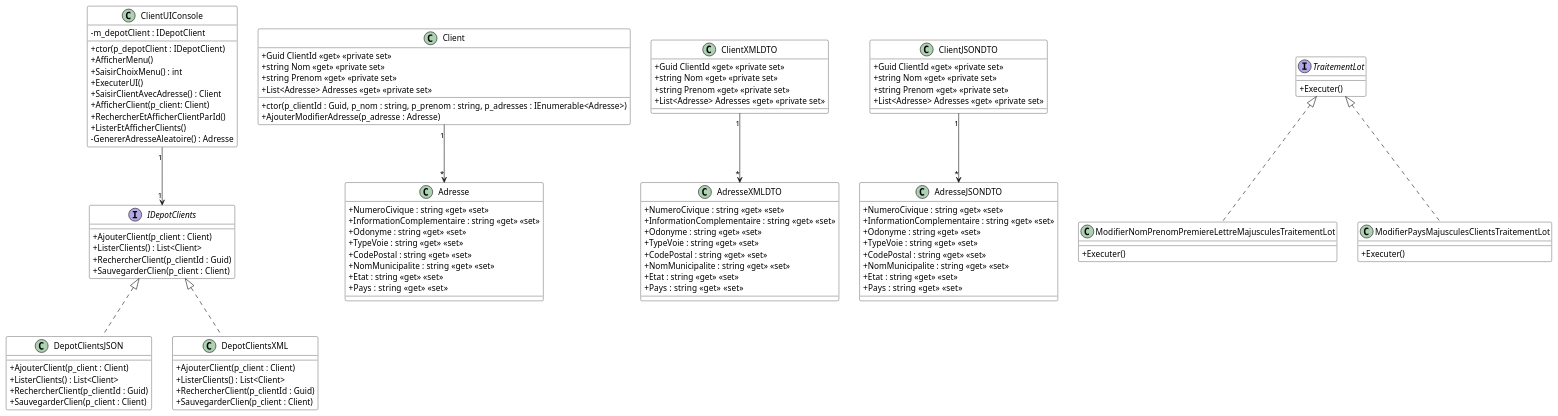
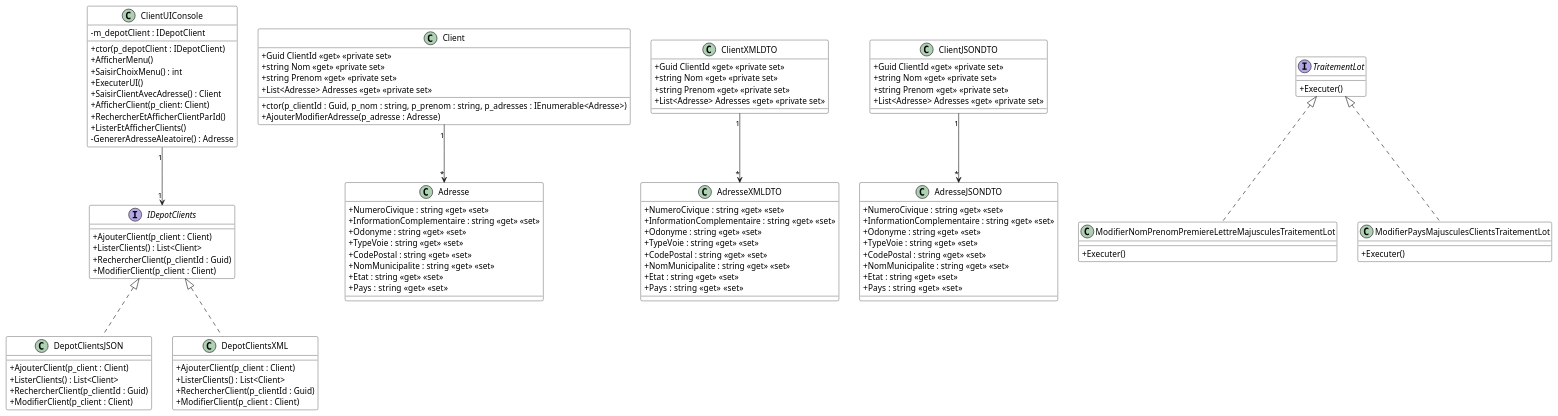
One commit to PiFou86/420-W30-SF changed the diagram in Module06_Formats_Echanges/diag/src/DiagExerciceClients.wsd. Above: the diagram before and after it, drawn with PlantUML. The commit also changed 1 other file, not shown here.

```diff
--- a/Module06_Formats_Echanges/diag/src/DiagExerciceClients.wsd
+++ b/Module06_Formats_Echanges/diag/src/DiagExerciceClients.wsd
@@ -1,121 +1,121 @@
 @startuml DiagClassesClients
 
 skinparam classAttributeIconSize 0
 skinparam class {
     BackgroundColor White
     BorderColor #000
 }
 
 IDepotClients <|.. DepotClientsJSON
 IDepotClients <|.. DepotClientsXML
 Client "1" --> "*" Adresse
 ClientXMLDTO "1" --> "*" AdresseXMLDTO
 ClientJSONDTO "1" --> "*" AdresseJSONDTO
 ClientUIConsole "1" --> "1" IDepotClients
 
 TraitementLot <|.. ModifierNomPrenomPremiereLettreMajusculesTraitementLot
 TraitementLot <|.. ModifierPaysMajusculesClientsTraitementLot
 
 
 interface IDepotClients {
     + AjouterClient(p_client : Client)
     + ListerClients() : List<Client>
     + RechercherClient(p_clientId : Guid)
-    + SauvegarderClien(p_client : Client)
+    + ModifierClient(p_client : Client)
 }
 
 class DepotClientsXML {
     + AjouterClient(p_client : Client)
     + ListerClients() : List<Client>
     + RechercherClient(p_clientId : Guid)
-    + SauvegarderClien(p_client : Client)
+    + ModifierClient(p_client : Client)
 }
 
 class DepotClientsJSON {
     + AjouterClient(p_client : Client)
     + ListerClients() : List<Client>
     + RechercherClient(p_clientId : Guid)
-    + SauvegarderClien(p_client : Client)
+    + ModifierClient(p_client : Client)
 }
 
 class Client {
     + ctor(p_clientId : Guid, p_nom : string, p_prenom : string, p_adresses : IEnumerable<Adresse>)
     + Guid ClientId <<get>> <<private set>>
     + string Nom <<get>> <<private set>>
     + string Prenom <<get>> <<private set>>
     + List<Adresse> Adresses <<get>> <<private set>>
     + AjouterModifierAdresse(p_adresse : Adresse)
 }
 
 class ClientJSONDTO {
     + Guid ClientId <<get>> <<private set>>
     + string Nom <<get>> <<private set>>
     + string Prenom <<get>> <<private set>>
     + List<Adresse> Adresses <<get>> <<private set>>
 }
 
 class ClientXMLDTO {
     + Guid ClientId <<get>> <<private set>>
     + string Nom <<get>> <<private set>>
     + string Prenom <<get>> <<private set>>
     + List<Adresse> Adresses <<get>> <<private set>>
 }
 
 class Adresse {
     + NumeroCivique : string <<get>> <<set>>
     + InformationComplementaire : string <<get>> <<set>>
     + Odonyme : string <<get>> <<set>>
     + TypeVoie : string <<get>> <<set>>
     + CodePostal : string <<get>> <<set>>
     + NomMunicipalite : string <<get>> <<set>>
     + Etat : string <<get>> <<set>>
     + Pays : string  <<get>> <<set>>
 }
 
 class AdresseXMLDTO {
     + NumeroCivique : string <<get>> <<set>>
     + InformationComplementaire : string <<get>> <<set>>
     + Odonyme : string <<get>> <<set>>
     + TypeVoie : string <<get>> <<set>>
     + CodePostal : string <<get>> <<set>>
     + NomMunicipalite : string <<get>> <<set>>
     + Etat : string <<get>> <<set>>
     + Pays : string  <<get>> <<set>>
 }
 
 class AdresseJSONDTO {
     + NumeroCivique : string <<get>> <<set>>
     + InformationComplementaire : string <<get>> <<set>>
     + Odonyme : string <<get>> <<set>>
     + TypeVoie : string <<get>> <<set>>
     + CodePostal : string <<get>> <<set>>
     + NomMunicipalite : string <<get>> <<set>>
     + Etat : string <<get>> <<set>>
     + Pays : string  <<get>> <<set>>
 }
 
 class ClientUIConsole {
     - m_depotClient : IDepotClient
     + ctor(p_depotClient : IDepotClient)
     + AfficherMenu()
     + SaisirChoixMenu() : int
     + ExecuterUI()
     + SaisirClientAvecAdresse() : Client
     + AfficherClient(p_client: Client)
     + RechercherEtAfficherClientParId()
     + ListerEtAfficherClients()
     - GenererAdresseAleatoire() : Adresse
 }
 
 interface TraitementLot {
     + Executer()
 }
 
 class ModifierNomPrenomPremiereLettreMajusculesTraitementLot {
        + Executer()
 }
 
 class ModifierPaysMajusculesClientsTraitementLot {
     + Executer()
 }
 @enduml
```
